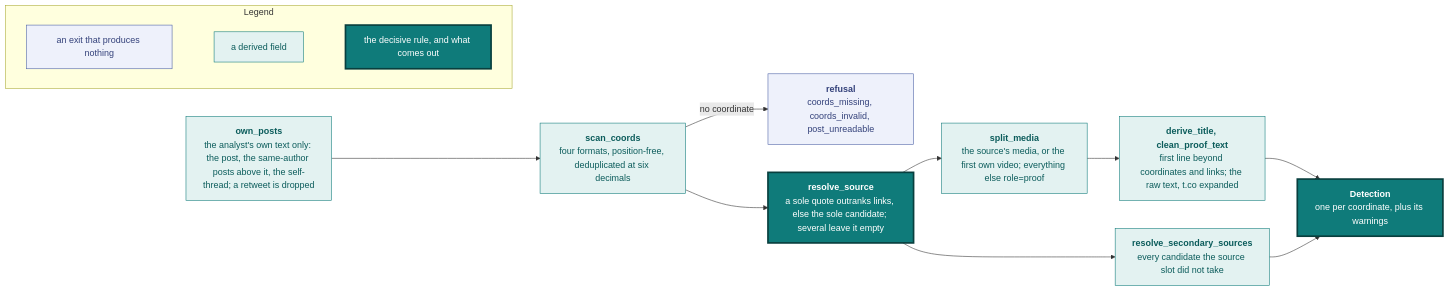
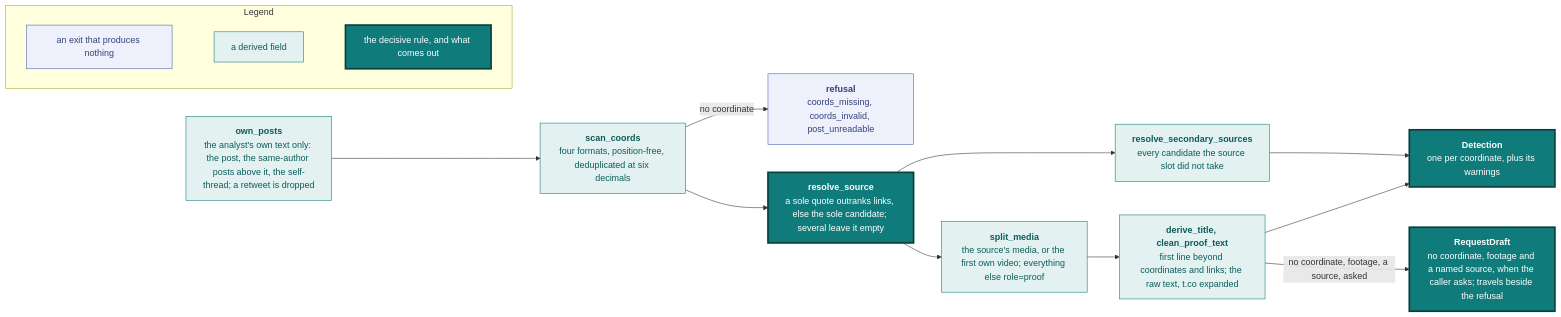
Before and after one commit to vidithq/vidit: the second of 6 diagrams in docs/ingestion.md, drawn with Mermaid. The commit also changed other lines of this file and 68 other files, not shown here.

````diff
--- a/docs/ingestion.md
+++ b/docs/ingestion.md
@@ -77,36 +77,39 @@
 ```mermaid
 flowchart LR
   classDef spec fill:#eef1fb,stroke:#4a5fa5,color:#33417a
   classDef shared fill:#e3f2f1,stroke:#0f7b7a,color:#0b5c5b
   classDef core fill:#0f7b7a,stroke:#083f3e,stroke-width:3px,color:#ffffff
 
   subgraph legend [Legend]
     direction LR
     l1["`an exit that produces nothing`"]:::spec
     l2["`a derived field`"]:::shared
     l3["`the decisive rule, and what comes out`"]:::core
     l1 ~~~ l2 ~~~ l3
   end
 
   text["`**own_posts**
   the analyst's own text only: the post, the same-author posts above it, the self-thread; a retweet is dropped`"]:::shared
   coords["`**scan_coords**
   four formats, position-free, deduplicated at six decimals`"]:::shared
   refuse["`**refusal**
   coords_missing, coords_invalid, post_unreadable`"]:::spec
   src["`**resolve_source**
   a sole quote outranks links, else the sole candidate; several leave it empty`"]:::core
   sec["`**resolve_secondary_sources**
   every candidate the source slot did not take`"]:::shared
   media["`**split_media**
   the source's media, or the first own video; everything else role=proof`"]:::shared
   title["`**derive_title, clean_proof_text**
   first line beyond coordinates and links; the raw text, t.co expanded`"]:::shared
   detection["`**Detection**
   one per coordinate, plus its warnings`"]:::core
+  draft["`**RequestDraft**
+  no coordinate, footage and a named source, when the caller asks; travels beside the refusal`"]:::core
 
   text --> coords
   coords -- "no coordinate" --> refuse
   coords --> src --> media --> title --> detection
   src --> sec --> detection
+  title -- "no coordinate, footage, a source, asked" --> draft
 ```
````
